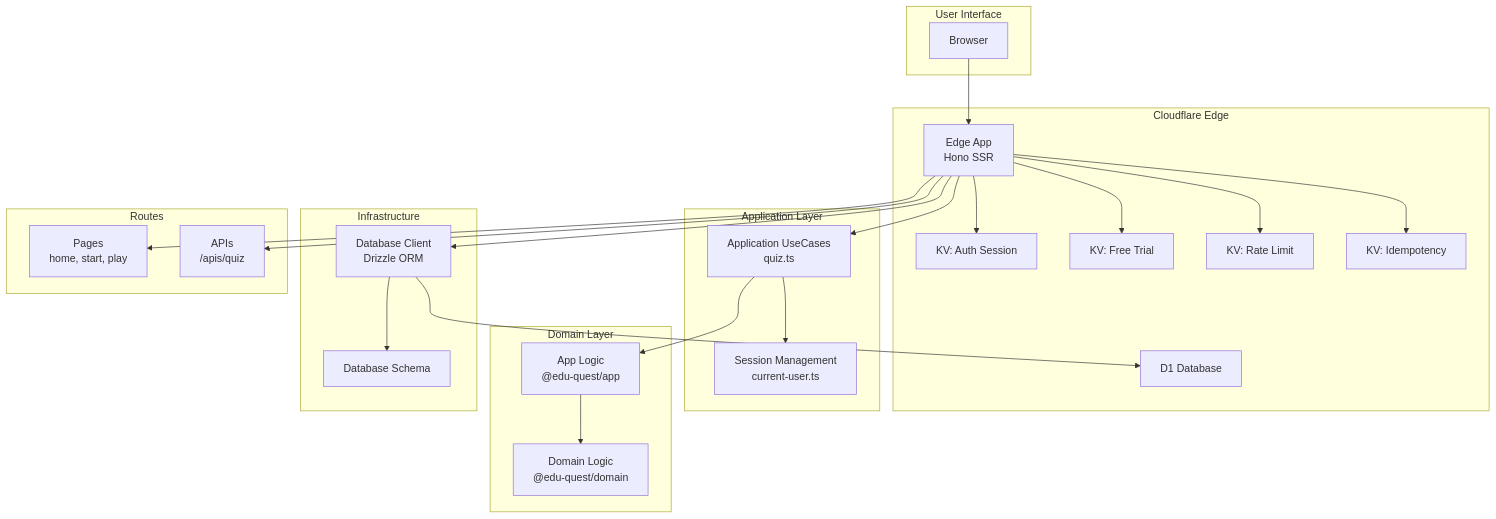
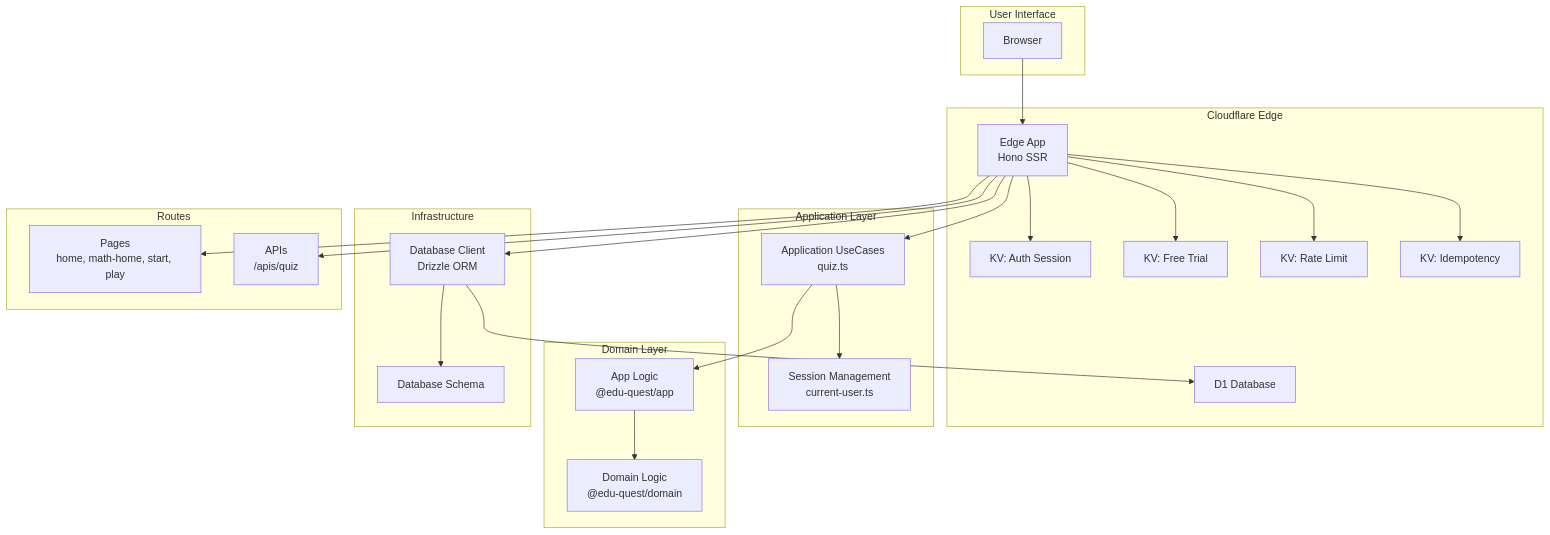
Before and after one commit to tqer39/edu-quest: the diagram in AGENTS.md, drawn with Mermaid. The commit also changed other lines of this file and 1 other file, not shown here.

````diff
--- a/AGENTS.md
+++ b/AGENTS.md
@@ -31,50 +31,50 @@
 ```mermaid
 graph TB
     subgraph "User Interface"
         Browser
     end
 
     subgraph "Cloudflare Edge"
         EdgeApp[Edge App<br/>Hono SSR]
         KV_Session[KV: Auth Session]
         KV_Trial[KV: Free Trial]
         KV_Rate[KV: Rate Limit]
         KV_Idempotency[KV: Idempotency]
         D1[D1 Database]
     end
 
     subgraph "Application Layer"
         UseCases[Application UseCases<br/>quiz.ts]
         Session[Session Management<br/>current-user.ts]
     end
 
     subgraph "Domain Layer"
         DomainLogic[Domain Logic<br/>@edu-quest/domain]
         AppLogic[App Logic<br/>@edu-quest/app]
     end
 
     subgraph "Infrastructure"
         Database[Database Client<br/>Drizzle ORM]
         Schema[Database Schema]
     end
 
     subgraph "Routes"
-        Pages[Pages<br/>home, start, play]
+        Pages[Pages<br/>home, math-home, start, play]
         APIs[APIs<br/>/apis/quiz]
     end
 
     Browser --> EdgeApp
     EdgeApp --> Pages
     EdgeApp --> APIs
     EdgeApp --> UseCases
     UseCases --> AppLogic
     UseCases --> Session
     AppLogic --> DomainLogic
     EdgeApp --> KV_Session
     EdgeApp --> KV_Trial
     EdgeApp --> KV_Rate
     EdgeApp --> KV_Idempotency
     EdgeApp --> Database
     Database --> D1
     Database --> Schema
 ```
````
